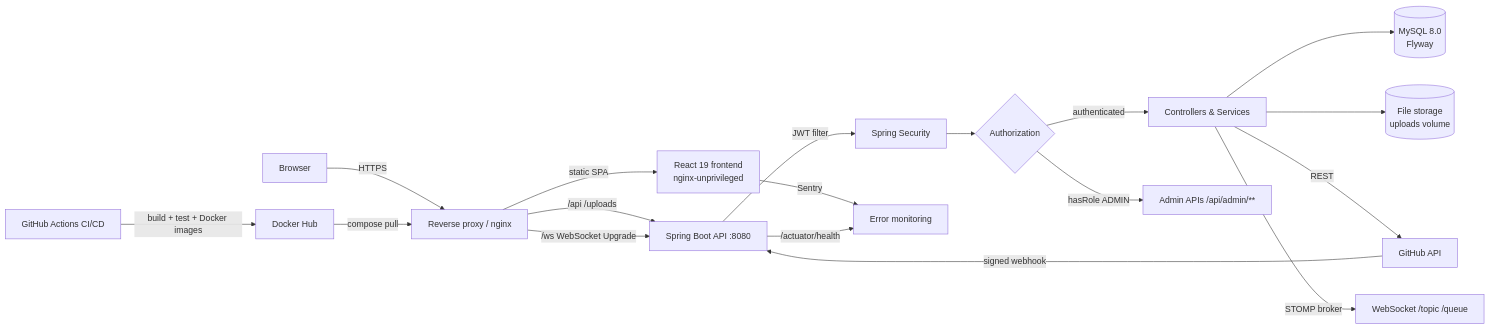
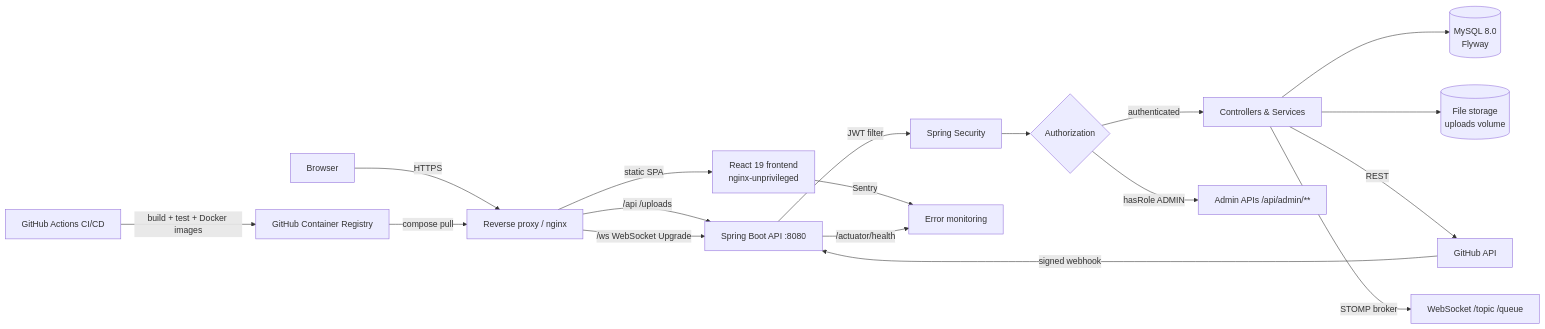
The first of 5 diagrams in README.md (nakulsharma97/Devsync), drawn with Mermaid before and after one commit. The commit also changed 2 other files, not shown here.

````diff
--- a/README.md
+++ b/README.md
@@ -52,20 +52,20 @@
 ```mermaid
 flowchart LR
     U[Browser] -->|HTTPS| P[Reverse proxy / nginx]
     P -->|static SPA| F[React 19 frontend<br/>nginx-unprivileged]
     P -->|/api /uploads| B[Spring Boot API :8080]
     P -->|/ws WebSocket Upgrade| B
     B -->|JWT filter| S[Spring Security]
     S --> C{Authorization}
     C -->|authenticated| API[Controllers & Services]
     C -->|hasRole ADMIN| ADM[Admin APIs /api/admin/**]
     API --> DB[(MySQL 8.0<br/>Flyway)]
     API --> FS[(File storage<br/>uploads volume)]
     API -->|REST| GH[GitHub API]
     GH -->|signed webhook| B
     API -->|STOMP broker| WS[WebSocket /topic /queue]
     F -->|Sentry| MON[Error monitoring]
     B -->|/actuator/health| MON
-    CI[GitHub Actions CI/CD] -->|build + test + Docker images| REG[Docker Hub]
+    CI[GitHub Actions CI/CD] -->|build + test + Docker images| REG[GitHub Container Registry]
     REG -->|compose pull| P
 ```
````
